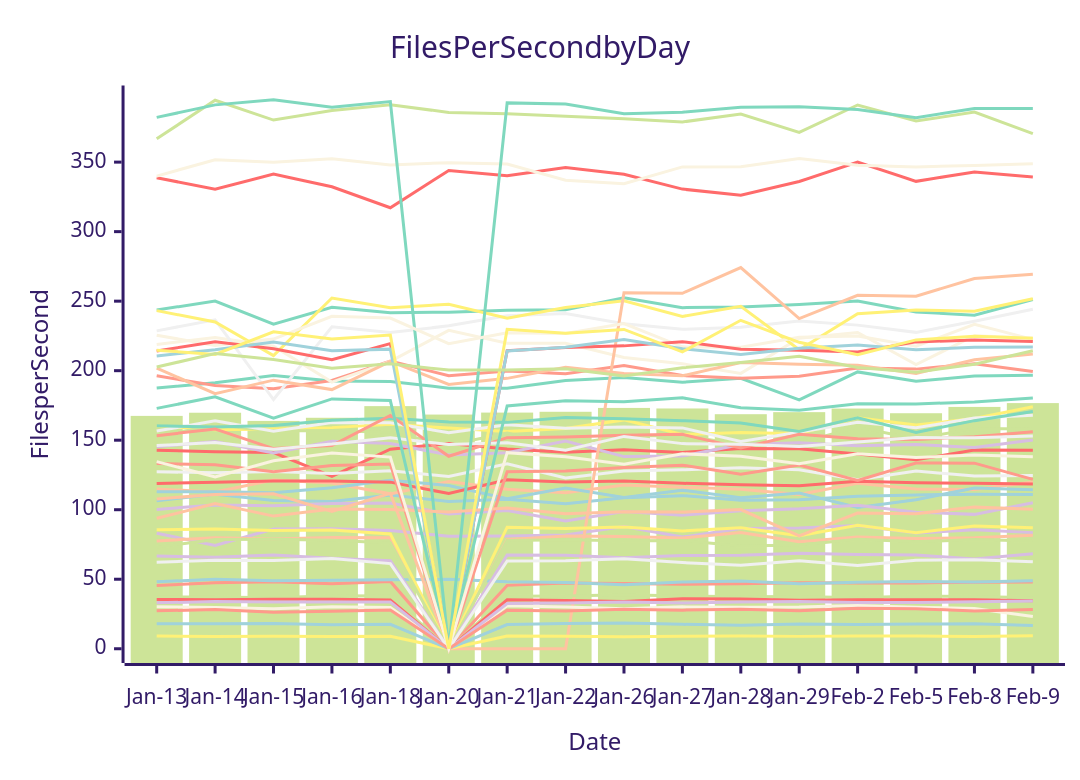
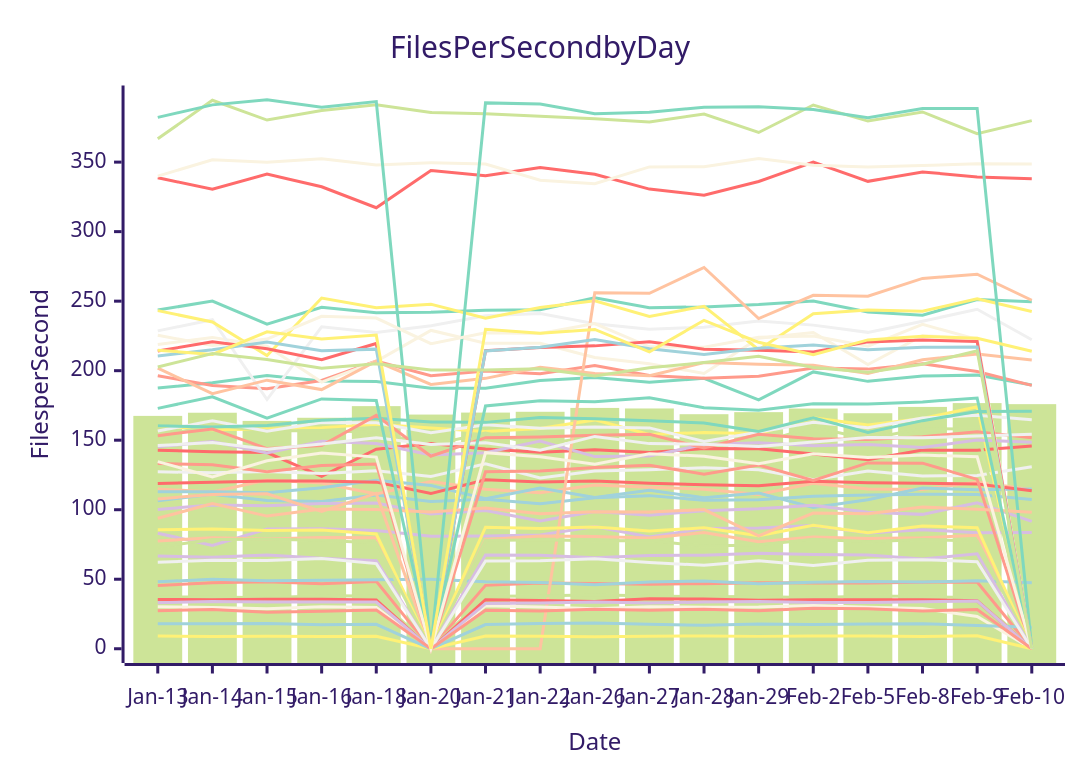
The diagram in perf-report.md (streetsidesoftware/cspell), drawn with Mermaid (forest theme) before and after one commit. The commit also changed other lines of this file and 1 other file, not shown here.

````diff
--- a/perf-report.md
+++ b/perf-report.md
@@ -10,57 +10,57 @@
 ```mermaid
 xychart-beta
     title Files Per Second by Day
     y-axis Files per Second
-    x-axis Date [Jan-13, Jan-14, Jan-15, Jan-16, Jan-18, Jan-20, Jan-21, Jan-22, Jan-26, Jan-27, Jan-28, Jan-29, Feb-2, Feb-5, Feb-8, Feb-9]
-    bar [167.48, 169.75, 163.88, 166.13, 174.50, 168.43, 169.86, 170.44, 173.21, 172.82, 168.69, 170.17, 172.76, 169.39, 173.94, 176.68]
-    line [142.76, 141.64, 141.15, 123.99, 143.49, 147.59, 143.59, 141.42, 143.21, 141.20, 143.98, 143.78, 140.14, 135.87, 142.86, 142.75]
-    line [106.48, 111.07, 106.70, 105.83, 110.59, 105.90, 107.50, 104.30, 108.52, 110.13, 106.78, 107.20, 109.65, 110.63, 111.16, 110.94]
-    line [83.13, 74.36, 86.16, 86.38, 84.98, 80.87, 81.08, 81.74, 87.91, 80.34, 86.50, 86.84, 88.66, 83.22, 85.59, 83.52]
-    line [127.26, 126.67, 127.57, 126.01, 128.09, 123.93, 133.11, 122.76, 127.88, 128.69, 130.23, 128.77, 121.54, 127.82, 124.27, 124.62]
-    line [114.87, 112.73, 121.37, 119.21, 111.41, 120.28, 114.69, 112.28, 117.78, 116.14, 114.78, 110.96, 118.96, 114.84, 114.56, 119.99]
-    line [187.54, 191.28, 196.46, 192.64, 192.25, 187.45, 187.38, 192.87, 195.04, 191.69, 194.48, 178.97, 199.11, 192.32, 196.15, 196.80]
-    line [196.30, 189.40, 186.97, 192.92, 206.92, 196.43, 199.84, 197.78, 203.69, 196.52, 194.52, 195.98, 201.87, 201.12, 204.97, 199.43]
-    line [218.81, 223.94, 217.59, 191.78, 206.70, 229.01, 219.68, 219.77, 209.49, 204.94, 198.04, 223.32, 227.45, 204.37, 225.14, 223.42]
-    line [160.36, 157.59, 157.97, 159.04, 161.40, 158.69, 156.26, 158.43, 164.60, 154.09, 155.59, 154.71, 166.16, 160.94, 165.57, 174.04]
-    line [152.68, 160.69, 156.79, 156.81, 155.73, 146.52, 155.23, 146.60, 152.95, 153.44, 146.68, 148.04, 159.34, 150.93, 158.41, 157.97]
-    line [338.80, 330.51, 341.37, 332.29, 317.17, 344.00, 340.27, 346.07, 341.26, 330.59, 326.24, 336.05, 350.02, 336.18, 342.95, 339.36]
-    line [112.95, 112.89, 112.17, 115.75, 121.13, 117.45, 107.89, 115.63, 108.80, 113.98, 108.63, 112.03, 101.57, 107.21, 115.59, 114.29]
-    line [145.30, 149.05, 140.78, 149.26, 147.65, 139.36, 140.95, 149.41, 138.21, 138.55, 146.90, 148.25, 146.04, 146.87, 144.71, 150.09]
-    line [228.64, 236.61, 179.24, 231.58, 227.41, 232.25, 239.53, 241.09, 233.83, 229.73, 231.27, 235.75, 232.76, 227.56, 235.60, 244.14]
-    line [201.84, 183.49, 193.18, 186.41, 206.76, 190.09, 194.48, 202.39, 197.93, 196.32, 205.82, 204.70, 203.85, 198.04, 207.86, 211.91]
-    line [243.64, 250.04, 233.42, 245.62, 241.64, 242.10, 243.52, 243.78, 252.46, 245.33, 245.88, 247.56, 250.17, 242.23, 239.94, 251.24]
-    line [45.48, 47.52, 48.15, 46.82, 48.44, 0.00, 45.59, 47.24, 46.87, 46.43, 46.80, 47.45, 47.29, 47.35, 47.86, 48.05]
-    line [339.94, 351.75, 349.84, 352.46, 347.95, 349.61, 348.67, 336.98, 334.45, 346.57, 346.60, 352.58, 347.78, 346.57, 347.57, 348.75]
-    line [243.18, 235.07, 210.91, 252.26, 245.25, 247.79, 237.71, 245.48, 250.24, 239.03, 246.34, 215.04, 240.95, 243.60, 242.70, 251.69]
-    line [366.78, 394.48, 380.24, 387.08, 391.19, 385.76, 384.74, 382.99, 381.11, 378.87, 384.64, 371.32, 391.09, 379.53, 386.07, 370.43]
-    line [118.82, 119.70, 120.72, 120.60, 119.83, 111.61, 121.49, 119.94, 120.57, 119.01, 117.99, 117.30, 120.43, 119.43, 118.96, 118.43]
-    line [48.15, 49.96, 48.86, 49.35, 49.61, 49.98, 48.14, 47.57, 46.02, 47.96, 48.80, 46.78, 47.79, 48.42, 47.97, 48.95]
-    line [100.22, 103.42, 102.77, 104.55, 104.84, 96.90, 99.42, 91.88, 98.65, 96.11, 99.25, 100.66, 103.18, 98.24, 96.65, 104.96]
-    line [156.59, 163.92, 156.50, 162.70, 162.52, 155.39, 161.05, 158.62, 159.47, 158.84, 149.03, 155.81, 162.82, 158.93, 165.88, 167.89]
-    line [107.78, 110.93, 111.50, 98.69, 111.74, 0.00, 0.00, 0.00, 256.11, 255.68, 274.20, 237.51, 254.20, 253.57, 266.34, 269.39]
-    line [160.33, 159.51, 160.62, 164.27, 165.83, 163.17, 162.82, 166.39, 165.48, 164.06, 162.34, 156.27, 166.07, 155.61, 164.06, 170.66]
-    line [153.24, 158.05, 143.97, 146.11, 167.84, 138.47, 151.83, 152.31, 153.48, 154.19, 144.39, 154.19, 151.10, 150.58, 152.48, 156.02]
-    line [30.13, 29.74, 28.69, 30.19, 29.74, 0.00, 30.87, 30.00, 28.70, 30.12, 29.90, 29.99, 31.08, 29.80, 28.87, 23.26]
-    line [9.09, 8.82, 8.93, 8.76, 8.99, 0.00, 9.21, 8.99, 8.69, 9.06, 9.17, 8.90, 9.14, 9.10, 8.87, 9.39]
-    line [37.19, 37.15, 36.65, 38.13, 37.95, 0.00, 37.76, 37.89, 38.81, 37.93, 37.35, 37.58, 36.65, 37.87, 37.52, 36.62]
-    line [35.46, 35.24, 35.59, 35.58, 35.07, 0.00, 35.24, 34.68, 33.94, 35.92, 35.70, 34.97, 35.24, 35.24, 35.29, 34.51]
-    line [18.04, 18.04, 18.22, 17.23, 17.55, 0.00, 17.39, 18.17, 18.55, 17.57, 16.82, 17.76, 17.39, 17.79, 18.01, 16.74]
-    line [33.01, 34.00, 33.70, 33.67, 33.62, 0.00, 32.53, 32.97, 33.70, 32.82, 33.62, 33.93, 33.23, 33.25, 33.77, 34.38]
-    line [146.13, 148.32, 143.55, 147.19, 151.83, 146.83, 148.17, 142.81, 152.72, 147.54, 147.09, 145.41, 148.70, 151.93, 151.71, 152.93]
-    line [77.54, 79.76, 78.94, 80.05, 79.79, 0.00, 78.41, 81.03, 80.80, 79.69, 83.58, 77.01, 80.34, 79.32, 79.86, 81.63]
-    line [382.18, 391.17, 394.86, 389.55, 393.53, 0.00, 392.61, 391.87, 384.72, 385.87, 389.43, 389.76, 387.86, 381.95, 388.55, 388.50]
-    line [133.26, 132.31, 127.23, 131.76, 132.93, 0.00, 127.27, 127.81, 130.32, 132.03, 125.54, 132.09, 121.09, 133.64, 133.48, 121.84]
-    line [225.53, 218.14, 222.73, 239.07, 237.86, 219.38, 227.33, 226.70, 233.87, 217.12, 216.93, 224.01, 224.86, 217.64, 233.33, 222.49]
-    line [85.54, 86.15, 85.12, 85.43, 82.51, 0.00, 87.43, 86.48, 87.49, 84.71, 86.94, 81.29, 88.85, 83.51, 88.25, 87.06]
-    line [72.97, 78.65, 78.72, 77.98, 76.03, 0.00, 77.82, 78.41, 77.74, 77.78, 73.82, 74.60, 78.73, 76.88, 78.62, 77.47]
-    line [214.18, 220.74, 215.80, 207.87, 219.52, 0.00, 214.36, 216.75, 217.84, 220.87, 215.44, 214.77, 213.40, 220.70, 222.08, 221.01]
-    line [210.61, 215.07, 220.69, 214.26, 215.48, 0.00, 214.23, 216.83, 222.41, 215.81, 211.64, 216.10, 218.52, 215.06, 216.88, 216.99]
-    line [66.66, 65.78, 67.40, 65.04, 63.23, 0.00, 67.48, 67.27, 65.41, 67.07, 67.22, 68.71, 67.83, 67.42, 64.50, 68.29]
-    line [62.15, 63.63, 63.52, 64.93, 61.26, 0.00, 63.19, 63.24, 64.72, 62.00, 60.00, 63.28, 59.94, 63.60, 64.06, 62.64]
-    line [93.83, 104.36, 95.41, 100.49, 100.17, 98.43, 101.26, 97.05, 98.45, 98.30, 100.11, 81.16, 97.62, 97.16, 101.86, 100.35]
-    line [172.87, 181.24, 165.83, 179.67, 178.49, 0.00, 174.64, 178.29, 177.69, 180.46, 173.36, 171.47, 176.27, 176.08, 177.50, 180.37]
-    line [27.25, 28.25, 26.29, 26.94, 27.92, 0.00, 27.74, 27.10, 28.41, 27.77, 28.43, 27.26, 29.20, 28.78, 27.22, 28.25]
-    line [134.58, 123.64, 135.23, 140.79, 137.86, 0.00, 141.02, 138.02, 132.73, 140.24, 138.48, 133.03, 140.20, 137.55, 139.32, 138.06]
-    line [214.77, 211.68, 227.93, 222.84, 225.57, 0.00, 229.76, 226.99, 229.64, 213.50, 236.23, 220.41, 211.45, 222.13, 224.72, 223.26]
-    line [202.65, 212.27, 207.96, 201.68, 204.97, 200.41, 200.50, 201.35, 196.11, 202.03, 205.84, 210.33, 202.30, 198.84, 204.68, 214.35]
+    x-axis Date [Jan-13, Jan-14, Jan-15, Jan-16, Jan-18, Jan-20, Jan-21, Jan-22, Jan-26, Jan-27, Jan-28, Jan-29, Feb-2, Feb-5, Feb-8, Feb-9, Feb-10]
+    bar [167.48, 169.75, 163.88, 166.13, 174.50, 168.43, 169.86, 170.44, 173.21, 172.82, 168.69, 170.17, 172.76, 169.39, 173.94, 176.68, 175.92]
+    line [142.76, 141.64, 141.15, 123.99, 143.49, 147.59, 143.59, 141.42, 143.21, 141.20, 143.98, 143.78, 140.14, 135.87, 142.86, 142.75, 145.78]
+    line [106.48, 111.07, 106.70, 105.83, 110.59, 105.90, 107.50, 104.30, 108.52, 110.13, 106.78, 107.20, 109.65, 110.63, 111.16, 110.94, 107.39]
+    line [83.13, 74.36, 86.16, 86.38, 84.98, 80.87, 81.08, 81.74, 87.91, 80.34, 86.50, 86.84, 88.66, 83.22, 85.59, 83.52, 83.65]
+    line [127.26, 126.67, 127.57, 126.01, 128.09, 123.93, 133.11, 122.76, 127.88, 128.69, 130.23, 128.77, 121.54, 127.82, 124.27, 124.62, 130.92]
+    line [114.87, 112.73, 121.37, 119.21, 111.41, 120.28, 114.69, 112.28, 117.78, 116.14, 114.78, 110.96, 118.96, 114.84, 114.56, 119.99, 114.32]
+    line [187.54, 191.28, 196.46, 192.64, 192.25, 187.45, 187.38, 192.87, 195.04, 191.69, 194.48, 178.97, 199.11, 192.32, 196.15, 196.80, 189.67]
+    line [196.30, 189.40, 186.97, 192.92, 206.92, 196.43, 199.84, 197.78, 203.69, 196.52, 194.52, 195.98, 201.87, 201.12, 204.97, 199.43, 189.43]
+    line [218.81, 223.94, 217.59, 191.78, 206.70, 229.01, 219.68, 219.77, 209.49, 204.94, 198.04, 223.32, 227.45, 204.37, 225.14, 223.42, 0.00]
+    line [160.36, 157.59, 157.97, 159.04, 161.40, 158.69, 156.26, 158.43, 164.60, 154.09, 155.59, 154.71, 166.16, 160.94, 165.57, 174.04, 0.00]
+    line [152.68, 160.69, 156.79, 156.81, 155.73, 146.52, 155.23, 146.60, 152.95, 153.44, 146.68, 148.04, 159.34, 150.93, 158.41, 157.97, 0.00]
+    line [338.80, 330.51, 341.37, 332.29, 317.17, 344.00, 340.27, 346.07, 341.26, 330.59, 326.24, 336.05, 350.02, 336.18, 342.95, 339.36, 338.01]
+    line [112.95, 112.89, 112.17, 115.75, 121.13, 117.45, 107.89, 115.63, 108.80, 113.98, 108.63, 112.03, 101.57, 107.21, 115.59, 114.29, 114.92]
+    line [145.30, 149.05, 140.78, 149.26, 147.65, 139.36, 140.95, 149.41, 138.21, 138.55, 146.90, 148.25, 146.04, 146.87, 144.71, 150.09, 148.55]
+    line [228.64, 236.61, 179.24, 231.58, 227.41, 232.25, 239.53, 241.09, 233.83, 229.73, 231.27, 235.75, 232.76, 227.56, 235.60, 244.14, 222.23]
+    line [201.84, 183.49, 193.18, 186.41, 206.76, 190.09, 194.48, 202.39, 197.93, 196.32, 205.82, 204.70, 203.85, 198.04, 207.86, 211.91, 207.60]
+    line [243.64, 250.04, 233.42, 245.62, 241.64, 242.10, 243.52, 243.78, 252.46, 245.33, 245.88, 247.56, 250.17, 242.23, 239.94, 251.24, 249.64]
+    line [45.48, 47.52, 48.15, 46.82, 48.44, 0.00, 45.59, 47.24, 46.87, 46.43, 46.80, 47.45, 47.29, 47.35, 47.86, 48.05, 0.00]
+    line [339.94, 351.75, 349.84, 352.46, 347.95, 349.61, 348.67, 336.98, 334.45, 346.57, 346.60, 352.58, 347.78, 346.57, 347.57, 348.75, 348.58]
+    line [243.18, 235.07, 210.91, 252.26, 245.25, 247.79, 237.71, 245.48, 250.24, 239.03, 246.34, 215.04, 240.95, 243.60, 242.70, 251.69, 242.52]
+    line [366.78, 394.48, 380.24, 387.08, 391.19, 385.76, 384.74, 382.99, 381.11, 378.87, 384.64, 371.32, 391.09, 379.53, 386.07, 370.43, 379.86]
+    line [118.82, 119.70, 120.72, 120.60, 119.83, 111.61, 121.49, 119.94, 120.57, 119.01, 117.99, 117.30, 120.43, 119.43, 118.96, 118.43, 113.56]
+    line [48.15, 49.96, 48.86, 49.35, 49.61, 49.98, 48.14, 47.57, 46.02, 47.96, 48.80, 46.78, 47.79, 48.42, 47.97, 48.95, 47.50]
+    line [100.22, 103.42, 102.77, 104.55, 104.84, 96.90, 99.42, 91.88, 98.65, 96.11, 99.25, 100.66, 103.18, 98.24, 96.65, 104.96, 91.61]
+    line [156.59, 163.92, 156.50, 162.70, 162.52, 155.39, 161.05, 158.62, 159.47, 158.84, 149.03, 155.81, 162.82, 158.93, 165.88, 167.89, 164.62]
+    line [107.78, 110.93, 111.50, 98.69, 111.74, 0.00, 0.00, 0.00, 256.11, 255.68, 274.20, 237.51, 254.20, 253.57, 266.34, 269.39, 250.66]
+    line [160.33, 159.51, 160.62, 164.27, 165.83, 163.17, 162.82, 166.39, 165.48, 164.06, 162.34, 156.27, 166.07, 155.61, 164.06, 170.66, 170.77]
+    line [153.24, 158.05, 143.97, 146.11, 167.84, 138.47, 151.83, 152.31, 153.48, 154.19, 144.39, 154.19, 151.10, 150.58, 152.48, 156.02, 151.70]
+    line [30.13, 29.74, 28.69, 30.19, 29.74, 0.00, 30.87, 30.00, 28.70, 30.12, 29.90, 29.99, 31.08, 29.80, 28.87, 23.26, 0.00]
+    line [9.09, 8.82, 8.93, 8.76, 8.99, 0.00, 9.21, 8.99, 8.69, 9.06, 9.17, 8.90, 9.14, 9.10, 8.87, 9.39, 0.00]
+    line [37.19, 37.15, 36.65, 38.13, 37.95, 0.00, 37.76, 37.89, 38.81, 37.93, 37.35, 37.58, 36.65, 37.87, 37.52, 36.62, 0.00]
+    line [35.46, 35.24, 35.59, 35.58, 35.07, 0.00, 35.24, 34.68, 33.94, 35.92, 35.70, 34.97, 35.24, 35.24, 35.29, 34.51, 0.00]
+    line [18.04, 18.04, 18.22, 17.23, 17.55, 0.00, 17.39, 18.17, 18.55, 17.57, 16.82, 17.76, 17.39, 17.79, 18.01, 16.74, 15.49]
+    line [33.01, 34.00, 33.70, 33.67, 33.62, 0.00, 32.53, 32.97, 33.70, 32.82, 33.62, 33.93, 33.23, 33.25, 33.77, 34.38, 0.00]
+    line [146.13, 148.32, 143.55, 147.19, 151.83, 146.83, 148.17, 142.81, 152.72, 147.54, 147.09, 145.41, 148.70, 151.93, 151.71, 152.93, 154.34]
+    line [77.54, 79.76, 78.94, 80.05, 79.79, 0.00, 78.41, 81.03, 80.80, 79.69, 83.58, 77.01, 80.34, 79.32, 79.86, 81.63, 0.00]
+    line [382.18, 391.17, 394.86, 389.55, 393.53, 0.00, 392.61, 391.87, 384.72, 385.87, 389.43, 389.76, 387.86, 381.95, 388.55, 388.50, 0.00]
+    line [133.26, 132.31, 127.23, 131.76, 132.93, 0.00, 127.27, 127.81, 130.32, 132.03, 125.54, 132.09, 121.09, 133.64, 133.48, 121.84, 0.00]
+    line [225.53, 218.14, 222.73, 239.07, 237.86, 219.38, 227.33, 226.70, 233.87, 217.12, 216.93, 224.01, 224.86, 217.64, 233.33, 222.49, 0.00]
+    line [85.54, 86.15, 85.12, 85.43, 82.51, 0.00, 87.43, 86.48, 87.49, 84.71, 86.94, 81.29, 88.85, 83.51, 88.25, 87.06, 0.00]
+    line [72.97, 78.65, 78.72, 77.98, 76.03, 0.00, 77.82, 78.41, 77.74, 77.78, 73.82, 74.60, 78.73, 76.88, 78.62, 77.47, 0.00]
+    line [214.18, 220.74, 215.80, 207.87, 219.52, 0.00, 214.36, 216.75, 217.84, 220.87, 215.44, 214.77, 213.40, 220.70, 222.08, 221.01, 0.00]
+    line [210.61, 215.07, 220.69, 214.26, 215.48, 0.00, 214.23, 216.83, 222.41, 215.81, 211.64, 216.10, 218.52, 215.06, 216.88, 216.99, 0.00]
+    line [66.66, 65.78, 67.40, 65.04, 63.23, 0.00, 67.48, 67.27, 65.41, 67.07, 67.22, 68.71, 67.83, 67.42, 64.50, 68.29, 0.00]
+    line [62.15, 63.63, 63.52, 64.93, 61.26, 0.00, 63.19, 63.24, 64.72, 62.00, 60.00, 63.28, 59.94, 63.60, 64.06, 62.64, 0.00]
+    line [93.83, 104.36, 95.41, 100.49, 100.17, 98.43, 101.26, 97.05, 98.45, 98.30, 100.11, 81.16, 97.62, 97.16, 101.86, 100.35, 98.22]
+    line [172.87, 181.24, 165.83, 179.67, 178.49, 0.00, 174.64, 178.29, 177.69, 180.46, 173.36, 171.47, 176.27, 176.08, 177.50, 180.37, 0.00]
+    line [27.25, 28.25, 26.29, 26.94, 27.92, 0.00, 27.74, 27.10, 28.41, 27.77, 28.43, 27.26, 29.20, 28.78, 27.22, 28.25, 0.00]
+    line [134.58, 123.64, 135.23, 140.79, 137.86, 0.00, 141.02, 138.02, 132.73, 140.24, 138.48, 133.03, 140.20, 137.55, 139.32, 138.06, 0.00]
+    line [214.77, 211.68, 227.93, 222.84, 225.57, 0.00, 229.76, 226.99, 229.64, 213.50, 236.23, 220.41, 211.45, 222.13, 224.72, 223.26, 213.93]
+    line [202.65, 212.27, 207.96, 201.68, 204.97, 200.41, 200.50, 201.35, 196.11, 202.03, 205.84, 210.33, 202.30, 198.84, 204.68, 214.35, 0.00]
 ```
````
